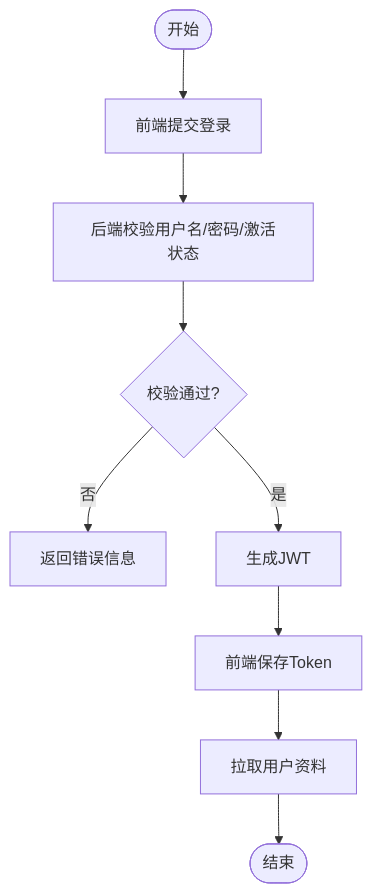
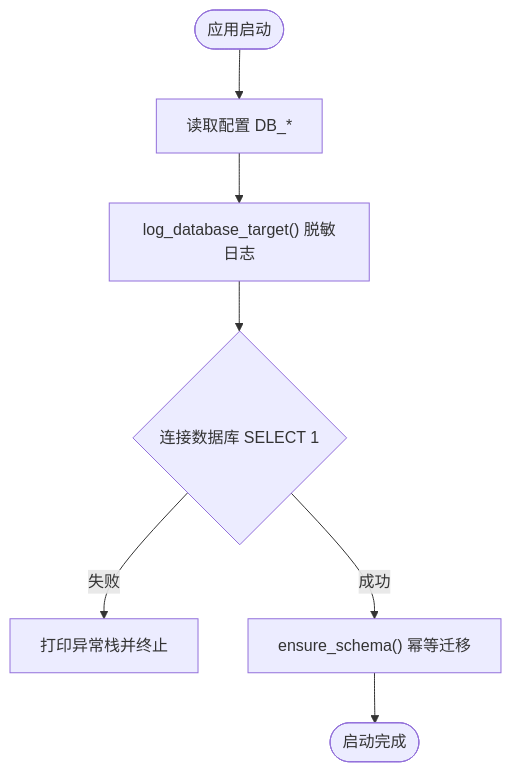
Before and after one commit to ismine3/OPS: the fifth of 8 diagrams in .qoder/repowiki/zh/content/开发指南/开发指南.md, drawn with Mermaid. The commit also changed other lines of this file and 157 other files, not shown here.

````diff
--- a/.qoder/repowiki/zh/content/开发指南/开发指南.md
+++ b/.qoder/repowiki/zh/content/开发指南/开发指南.md
@@ -320,11 +217,9 @@
 ```mermaid
 flowchart TD
-Start(["开始"]) --> FE_Login["前端提交登录"]
-FE_Login --> BE_Validate["后端校验用户名/密码/激活状态"]
-BE_Validate --> Valid{"校验通过?"}
-Valid --> |否| FE_Error["返回错误信息"]
-Valid --> |是| BE_Token["生成JWT"]
-BE_Token --> FE_Save["前端保存Token"]
-FE_Save --> FE_Profile["拉取用户资料"]
-FE_Profile --> End(["结束"])
+Start(["应用启动"]) --> GetCfg["读取配置 DB_*"]
+GetCfg --> LogCfg["log_database_target() 脱敏日志"]
+LogCfg --> TryConnect{"连接数据库 SELECT 1"}
+TryConnect --> |失败| PrintErr["打印异常栈并终止"]
+TryConnect --> |成功| EnsureSchema["ensure_schema() 幂等迁移"]
+EnsureSchema --> Done(["启动完成"])
 ```
````
